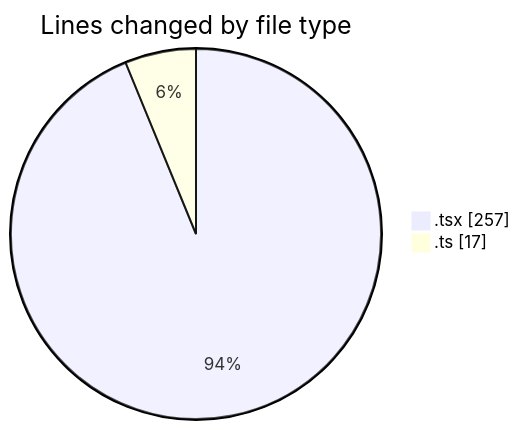
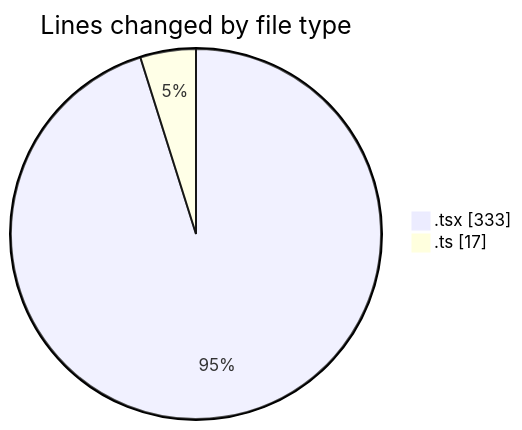
The first of 2 diagrams in 2026-03-15/nxtqube_webapp/README.md (nxtqubesakshisongat/code-tracking), drawn with Mermaid before and after one commit. The commit also changed other lines of this file and 1 other file, not shown here.

````diff
--- a/2026-03-15/nxtqube_webapp/README.md
+++ b/2026-03-15/nxtqube_webapp/README.md
@@ -21,6 +22,6 @@
 ```mermaid
 pie showData
 title Lines changed by file type
-".tsx" : 257
+".tsx" : 333
 ".ts" : 17
 ```
````
